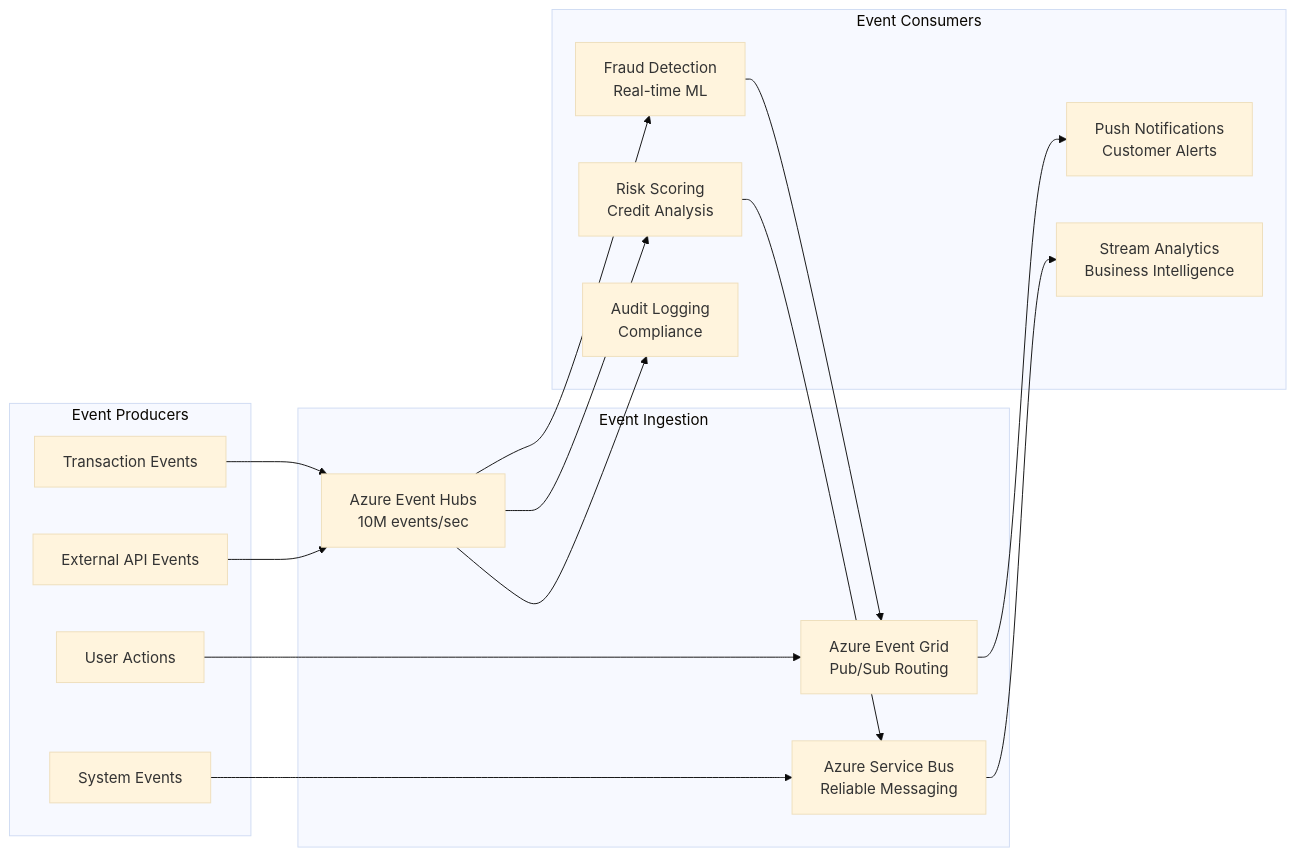
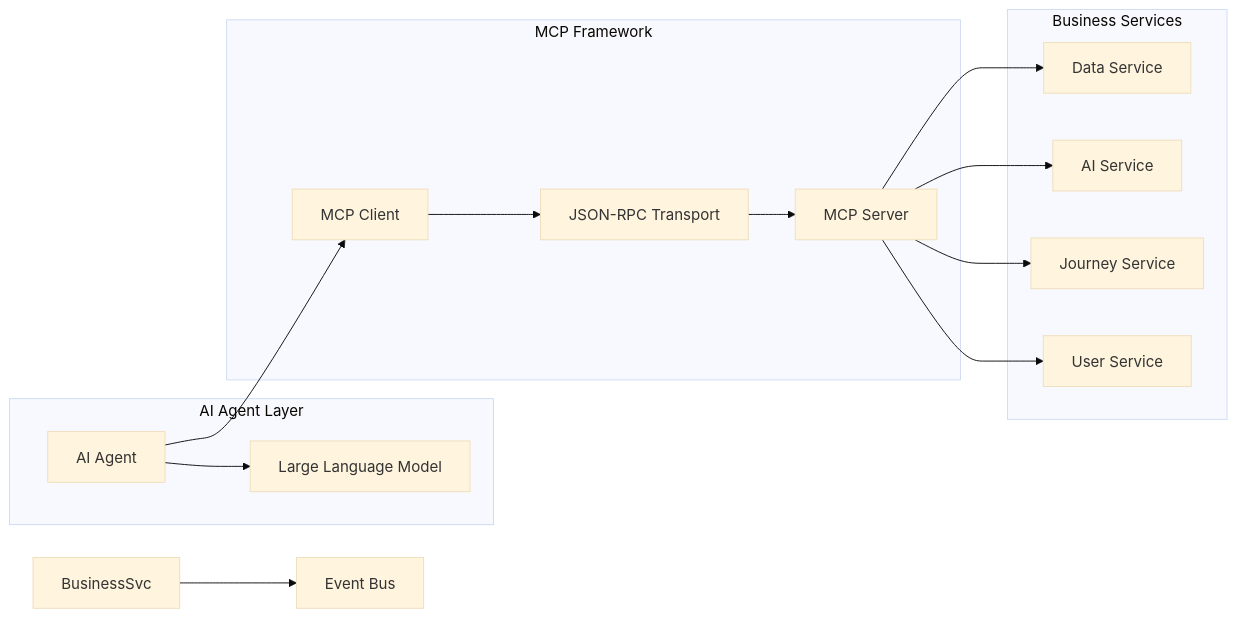
Before and after one commit to calvinlee999/react_next_java_journey: the second of 5 diagrams in README.md, drawn with Mermaid (base theme). The commit also changed other lines of this file and 26 other files, not shown here.

First line of the commit message:
feat: Complete MCP FinTech Platform with Comprehensive Architecture Documentation

````diff
--- a/README.md
+++ b/README.md
@@ -483,37 +80,32 @@
 ```mermaid
 graph LR
-    subgraph "Event Producers"
-        Transaction[Transaction Events]
-        UserAction[User Actions]
-        SystemEvent[System Events]
-        ExternalAPI[External API Events]
+    subgraph "AI Agent Layer"
+        Agent[AI Agent]
+        LLM[Large Language Model]
+        Agent --> LLM
     end
     
-    subgraph "Event Ingestion"
-        EventHubs[Azure Event Hubs<br/>10M events/sec]
-        EventGrid[Azure Event Grid<br/>Pub/Sub Routing]
-        ServiceBus[Azure Service Bus<br/>Reliable Messaging]
+    subgraph "MCP Framework"
+        Client[MCP Client]
+        Server[MCP Server]
+        Transport[JSON-RPC Transport]
+        
+        Client --> Transport
+        Transport --> Server
     end
     
-    subgraph "Event Consumers"
-        FraudDetection[Fraud Detection<br/>Real-time ML]
-        RiskScoring[Risk Scoring<br/>Credit Analysis]
-        Notifications[Push Notifications<br/>Customer Alerts]
-        Analytics[Stream Analytics<br/>Business Intelligence]
-        Audit[Audit Logging<br/>Compliance]
+    subgraph "Business Services"
+        UserSvc[User Service]
+        JourneySvc[Journey Service]
+        AISvc[AI Service]
+        DataSvc[Data Service]
+        
+        Server --> UserSvc
+        Server --> JourneySvc
+        Server --> AISvc
+        Server --> DataSvc
     end
     
-    Transaction --> EventHubs
-    UserAction --> EventGrid
-    SystemEvent --> ServiceBus
-    ExternalAPI --> EventHubs
-    
-    EventHubs --> FraudDetection
-    EventHubs --> RiskScoring
-    EventGrid --> Notifications
-    ServiceBus --> Analytics
-    EventHubs --> Audit
-    
-    FraudDetection --> EventGrid
-    RiskScoring --> ServiceBus
+    Agent --> Client
+    BusinessSvc --> Events[Event Bus]
 ```
````
